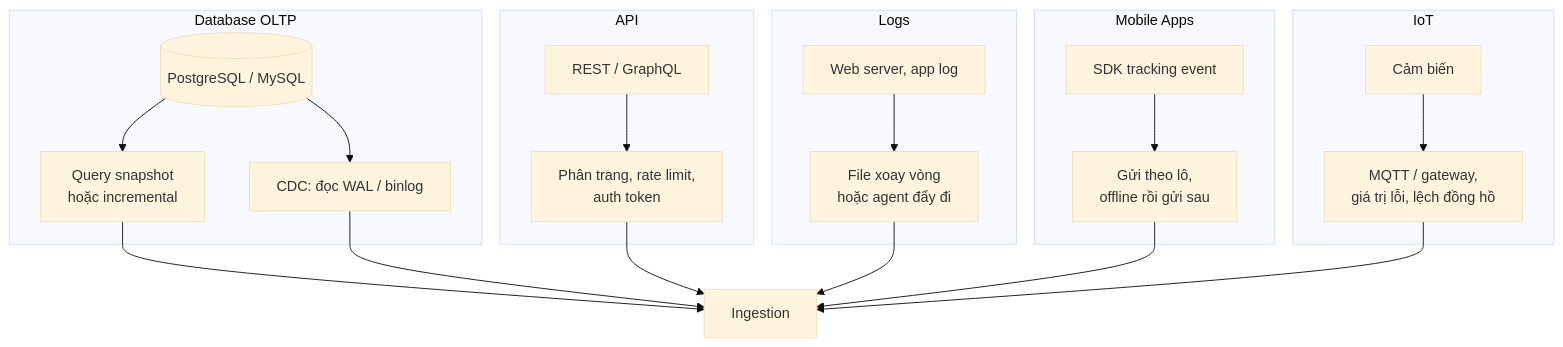
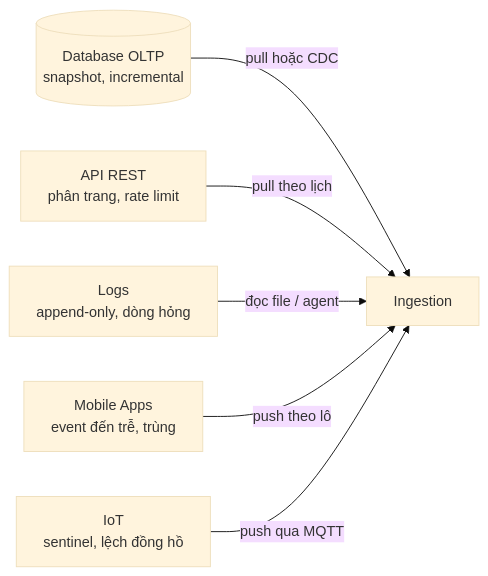
The third of 3 diagrams in tracks/data-engineer/modules/00-introduction/README.md (Buicongbang04/Learning_Platform), drawn with Mermaid (base theme) before and after one commit. The commit also changed other lines of this file, not shown here.

Commit message:
Module 00: vẽ lại sơ đồ mermaid cho vừa cột nội dung ~600px, gói lại đoạn Logs

````diff
--- a/tracks/data-engineer/modules/00-introduction/README.md
+++ b/tracks/data-engineer/modules/00-introduction/README.md
@@ -180,31 +173,8 @@
 ```mermaid
-flowchart TB
-    subgraph DB[Database OLTP]
-        D1[(PostgreSQL / MySQL)]
-        D2[Query snapshot<br/>hoặc incremental]
-        D3[CDC: đọc WAL / binlog]
-        D1 --> D2
-        D1 --> D3
-    end
-    subgraph API[API]
-        P1[REST / GraphQL]
-        P2[Phân trang, rate limit,<br/>auth token]
-        P1 --> P2
-    end
-    subgraph LOG[Logs]
-        L1[Web server, app log]
-        L2[File xoay vòng<br/>hoặc agent đẩy đi]
-        L1 --> L2
-    end
-    subgraph MOB[Mobile Apps]
-        M1[SDK tracking event]
-        M2[Gửi theo lô,<br/>offline rồi gửi sau]
-        M1 --> M2
-    end
-    subgraph IOT[IoT]
-        T1[Cảm biến]
-        T2[MQTT / gateway,<br/>giá trị lỗi, lệch đồng hồ]
-        T1 --> T2
-    end
-    D2 & D3 & P2 & L2 & M2 & T2 --> ING[Ingestion]
+flowchart LR
+    D[(Database OLTP<br/>snapshot, incremental)] -->|pull hoặc CDC| ING[Ingestion]
+    P[API REST<br/>phân trang, rate limit] -->|pull theo lịch| ING
+    L[Logs<br/>append-only, dòng hỏng] -->|đọc file / agent| ING
+    M[Mobile Apps<br/>event đến trễ, trùng] -->|push theo lô| ING
+    T[IoT<br/>sentinel, lệch đồng hồ] -->|push qua MQTT| ING
 ```
````
